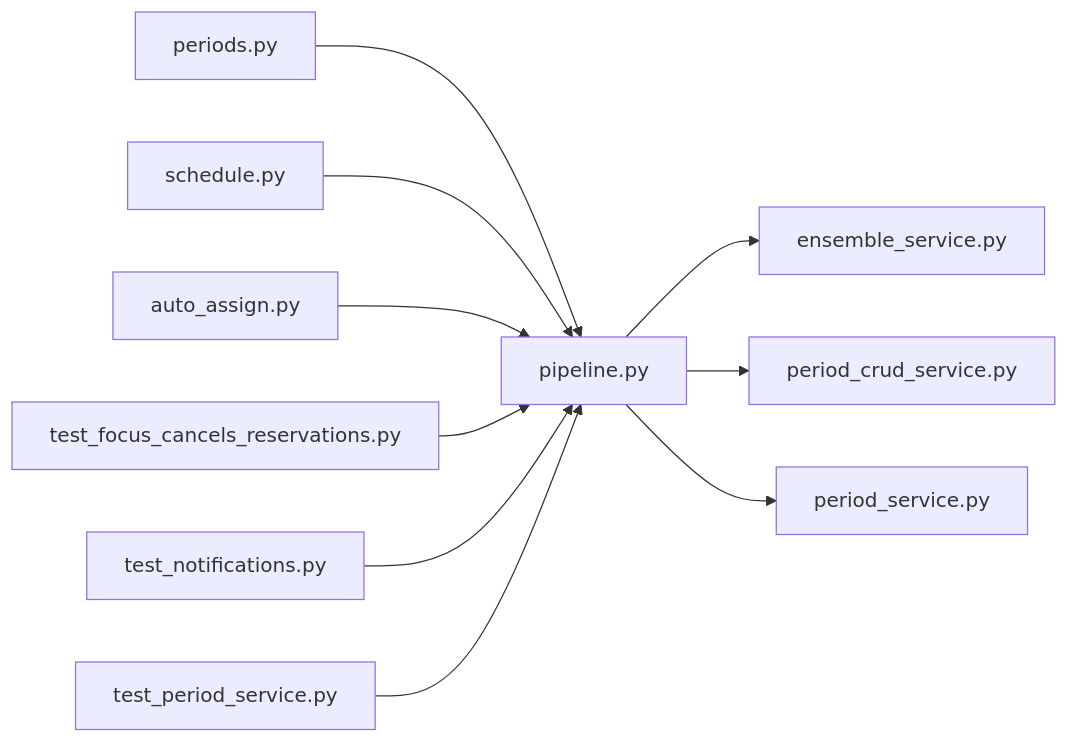
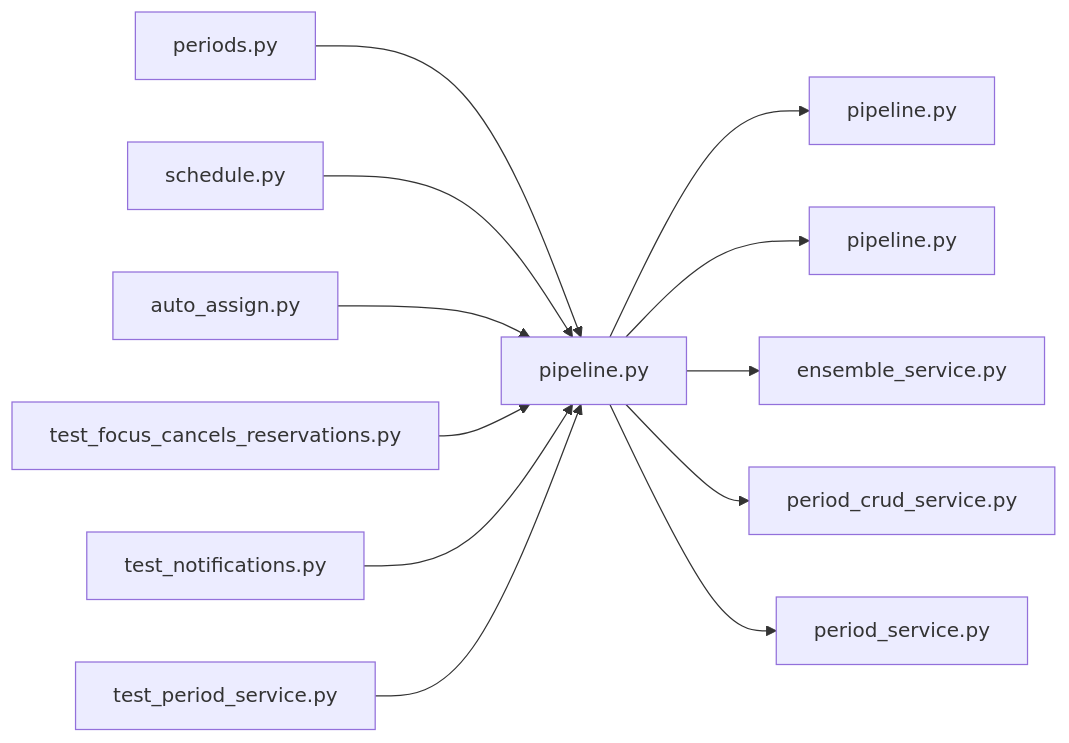
The diagram in .cluedoc/graph/backend/src/backend/services/period/pipeline.md (minkong-dev/Banblit), drawn with Mermaid before and after one commit. The commit also changed other lines of this file and 64 other files, not shown here.

````diff
--- a/.cluedoc/graph/backend/src/backend/services/period/pipeline.md
+++ b/.cluedoc/graph/backend/src/backend/services/period/pipeline.md
@@ -10,13 +10,15 @@
 ```mermaid
 flowchart LR
   backend_src_backend_services_period_pipeline["pipeline.py"]
+  backend_src_backend_services_period_pipeline --> backend_src_backend_db_pipeline["pipeline.py"]
+  backend_src_backend_services_period_pipeline --> backend_src_backend_services_notification_pipeline["pipeline.py"]
   backend_src_backend_services_period_pipeline --> backend_src_backend_services_period_ensemble_service["ensemble_service.py"]
   backend_src_backend_services_period_pipeline --> backend_src_backend_services_period_period_crud_service["period_crud_service.py"]
   backend_src_backend_services_period_pipeline --> backend_src_backend_services_period_period_service["period_service.py"]
   backend_src_backend_api_routers_periods["periods.py"] --> backend_src_backend_services_period_pipeline
   backend_src_backend_api_routers_schedule["schedule.py"] --> backend_src_backend_services_period_pipeline
   backend_src_backend_jobs_auto_assign["auto_assign.py"] --> backend_src_backend_services_period_pipeline
   backend_tests_integration_db_test_focus_cancels_reservations["test_focus_cancels_reservations.py"] --> backend_src_backend_services_period_pipeline
   backend_tests_integration_db_test_notifications["test_notifications.py"] --> backend_src_backend_services_period_pipeline
   backend_tests_integration_db_test_period_service["test_period_service.py"] --> backend_src_backend_services_period_pipeline
 ```
````
